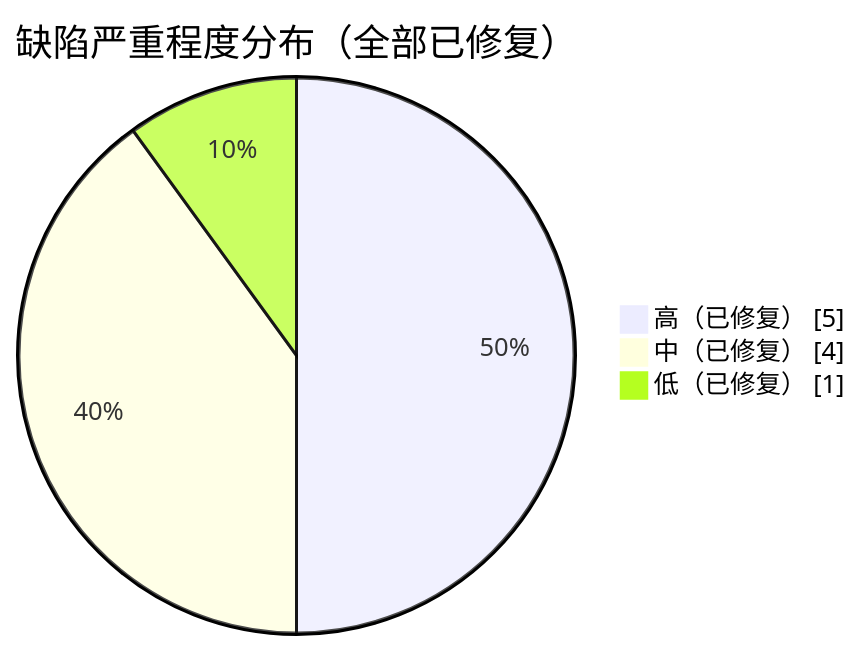
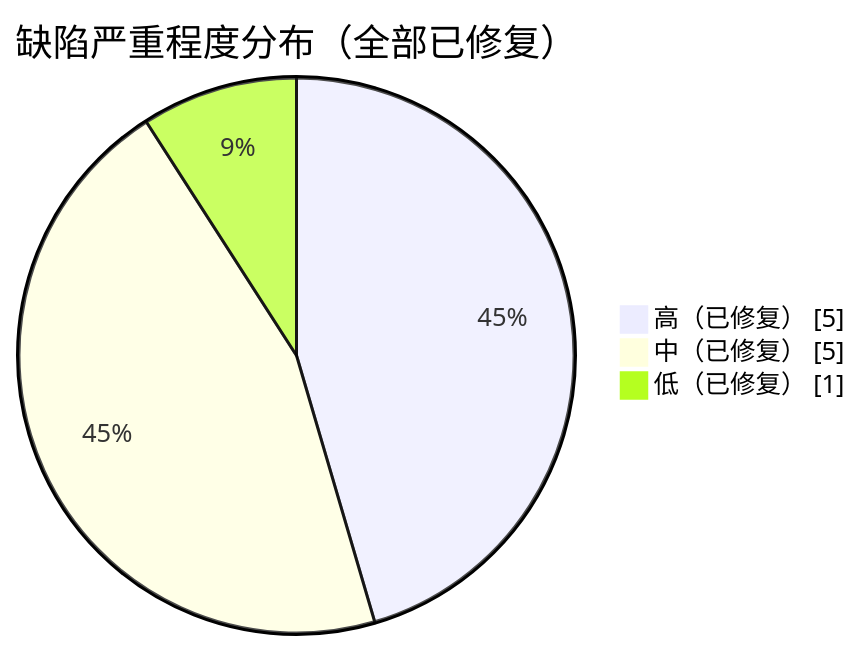
One commit to FeiTwnd/lanchat changed the fourth of 4 diagrams in docs/test/测试报告.md. Above: the diagram before and after it, drawn with Mermaid. The commit also changed other lines of this file and 11 other files, not shown here.

````diff
--- a/docs/test/测试报告.md
+++ b/docs/test/测试报告.md
@@ -406,6 +407,6 @@
 ```mermaid
 pie showData title 缺陷严重程度分布（全部已修复）
     "高（已修复）" : 5
-    "中（已修复）" : 4
+    "中（已修复）" : 5
     "低（已修复）" : 1
 ```
````
